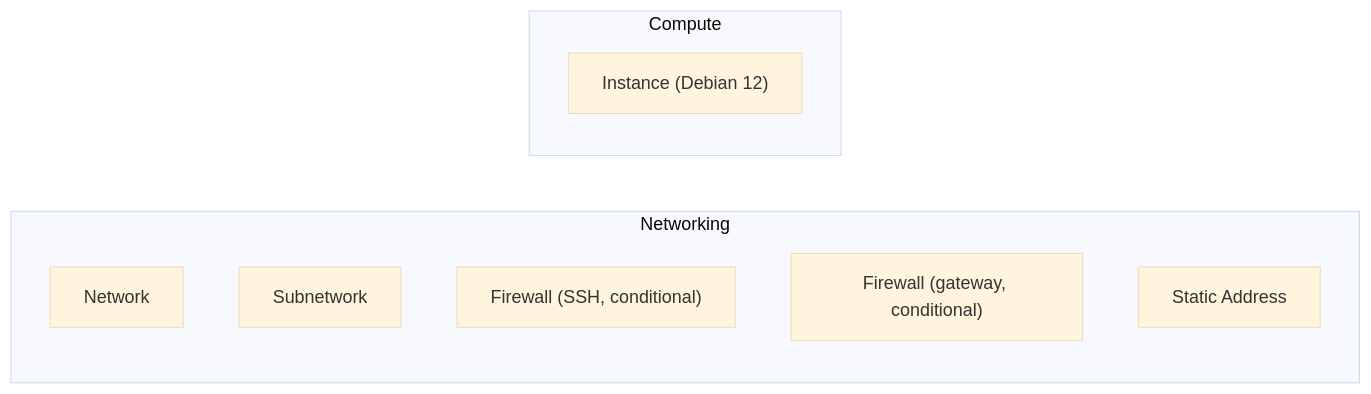
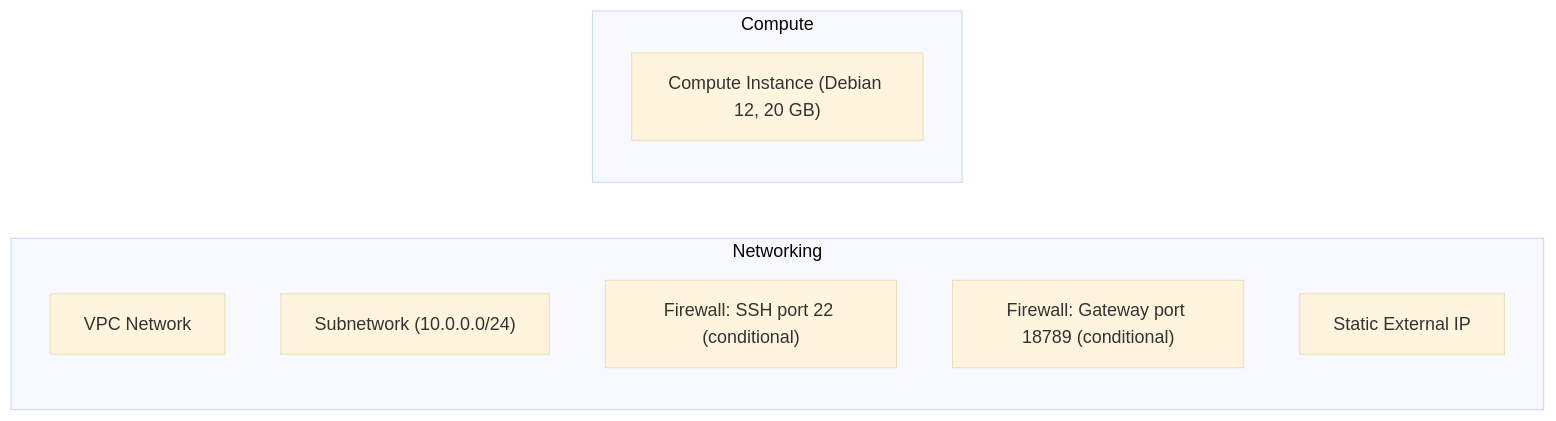
One commit to dfridkin/clawops changed the second of 3 diagrams in README.md. Above: the diagram before and after it, drawn with Mermaid (base theme). The commit also changed other lines of this file, not shown here.

Commit message:
docs: add more detail to README stack diagrams (service names, CIDRs, SKUs)

````diff
--- a/README.md
+++ b/README.md
@@ -427,13 +428,13 @@
 ```mermaid
 flowchart LR
     subgraph NET["Networking"]
-        NW[Network]
-        SN[Subnetwork]
-        FW1["Firewall (SSH, conditional)"]
-        FW2["Firewall (gateway, conditional)"]
-        ADDR[Static Address]
+        NW[VPC Network]
+        SN["Subnetwork (10.0.0.0/24)"]
+        FW1["Firewall: SSH port 22 (conditional)"]
+        FW2["Firewall: Gateway port 18789 (conditional)"]
+        ADDR[Static External IP]
     end
     subgraph COMPUTE["Compute"]
-        VM["Instance (Debian 12)"]
+        VM["Compute Instance (Debian 12, 20 GB)"]
     end
 ```
````
